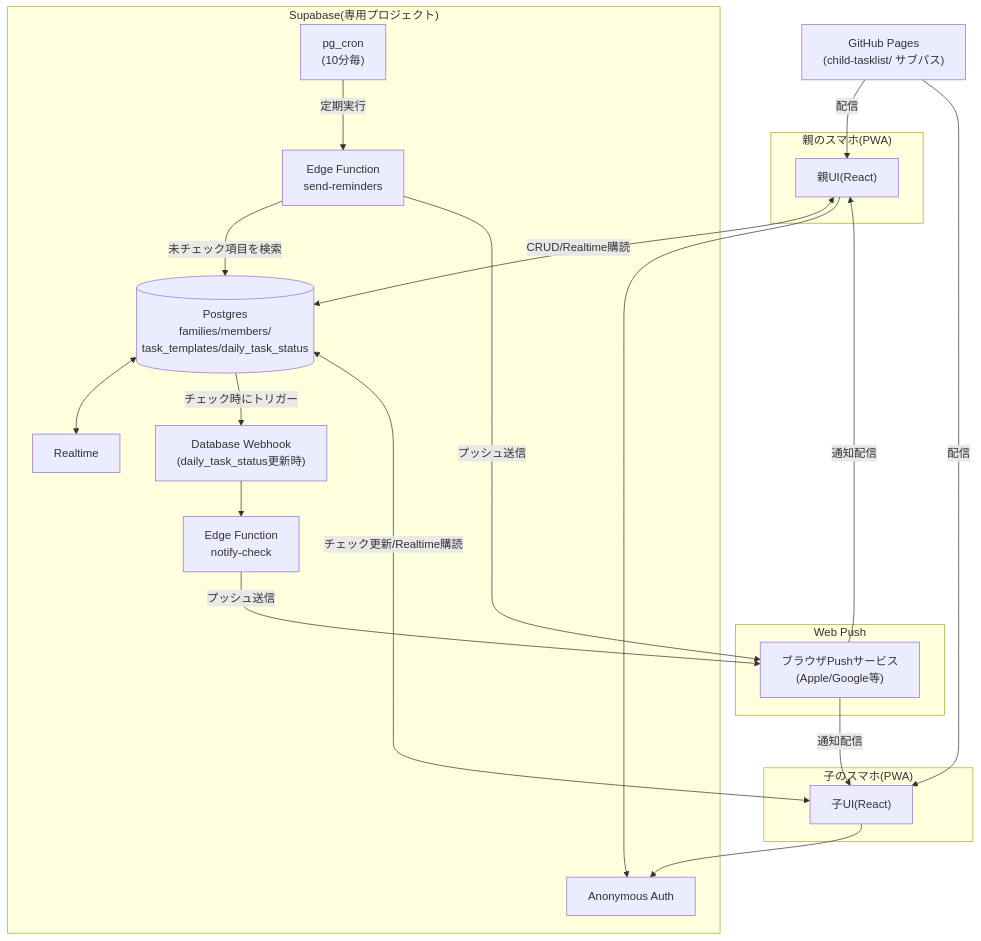
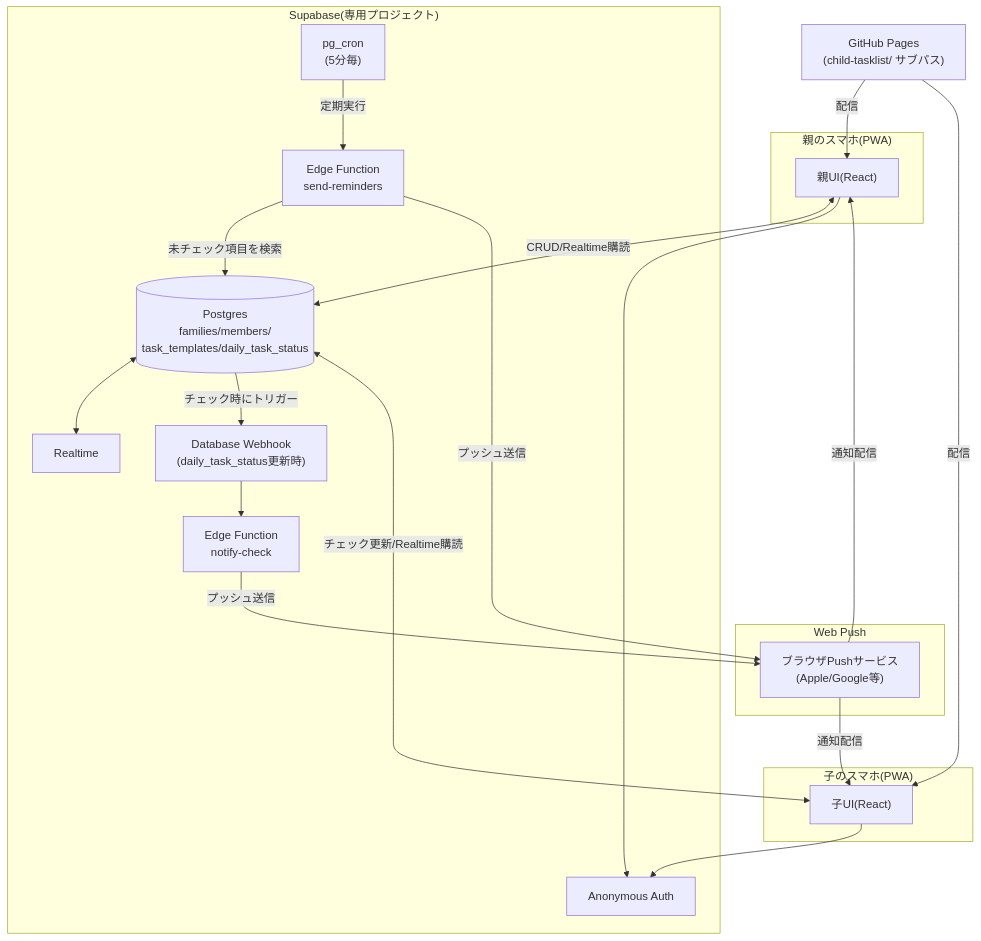
The diagram in child-tasklist/docs/architecture.md (gotohhirohiko-netizen/sample), drawn with Mermaid before and after one commit. The commit also changed other lines of this file and 8 other files, not shown here.

````diff
--- a/child-tasklist/docs/architecture.md
+++ b/child-tasklist/docs/architecture.md
@@ -13,38 +13,38 @@
 ```mermaid
 graph TB
     subgraph parent["親のスマホ(PWA)"]
         ParentUI["親UI(React)"]
     end
     subgraph child["子のスマホ(PWA)"]
         ChildUI["子UI(React)"]
     end
     subgraph supabase["Supabase(専用プロジェクト)"]
         DB[("Postgres<br/>families/members/<br/>task_templates/daily_task_status")]
         Realtime["Realtime"]
         Auth["Anonymous Auth"]
-        Cron["pg_cron<br/>(10分毎)"]
+        Cron["pg_cron<br/>(5分毎)"]
         Webhook["Database Webhook<br/>(daily_task_status更新時)"]
         FnReminder["Edge Function<br/>send-reminders"]
         FnNotify["Edge Function<br/>notify-check"]
     end
     subgraph push["Web Push"]
         PushSvc["ブラウザPushサービス<br/>(Apple/Google等)"]
     end
     Hosting["GitHub Pages<br/>(child-tasklist/ サブパス)"]
 
     Hosting -->|配信| ParentUI
     Hosting -->|配信| ChildUI
     ParentUI <-->|CRUD/Realtime購読| DB
     ChildUI <-->|チェック更新/Realtime購読| DB
     ParentUI --> Auth
     ChildUI --> Auth
     DB <--> Realtime
     Cron -->|定期実行| FnReminder
     FnReminder -->|未チェック項目を検索| DB
     FnReminder -->|プッシュ送信| PushSvc
     PushSvc -->|通知配信| ChildUI
     DB -->|チェック時にトリガー| Webhook
     Webhook --> FnNotify
     FnNotify -->|プッシュ送信| PushSvc
     PushSvc -->|通知配信| ParentUI
 ```
````
